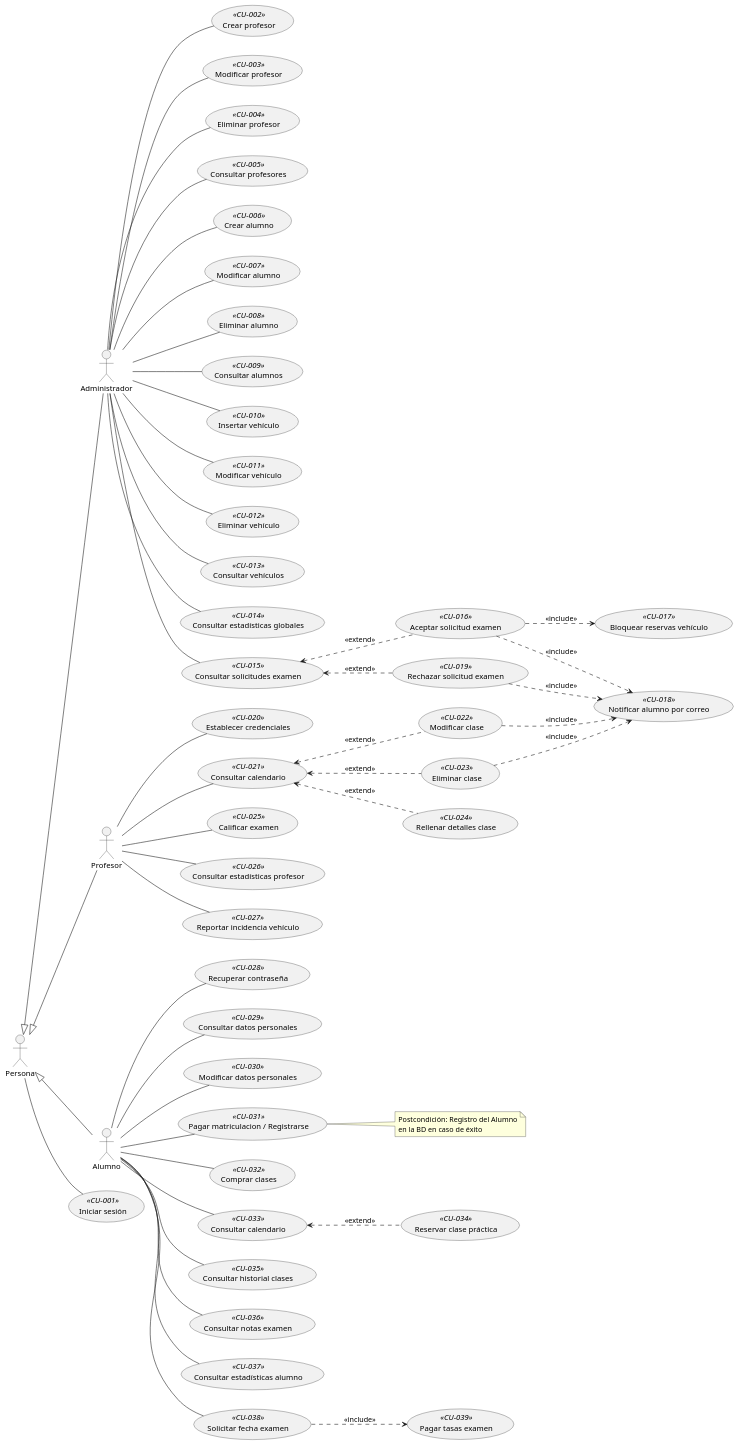
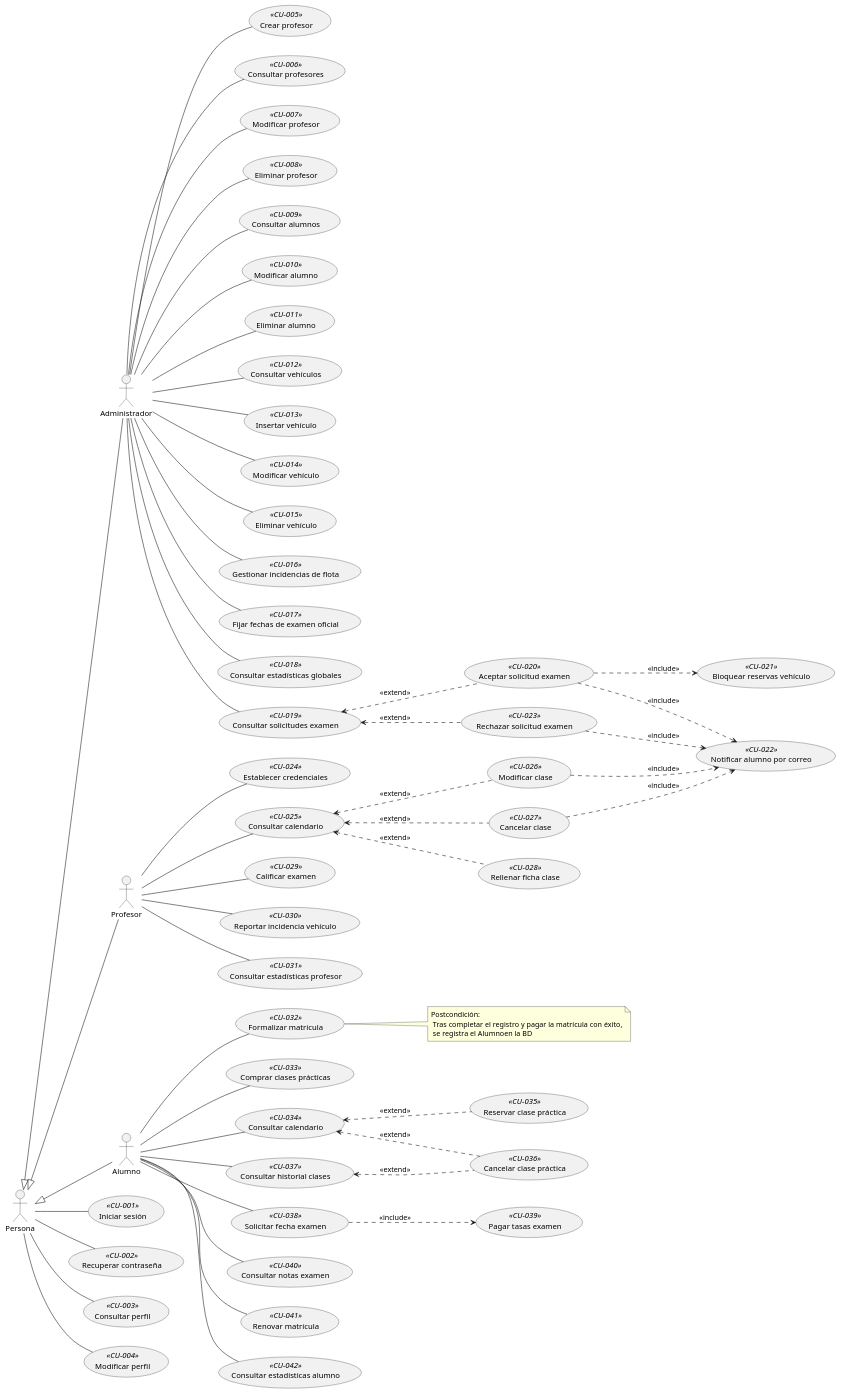
One commit to antonioabadpro/ManDS changed the diagram in Diagramas/Diagrama_CU.puml. Above: the diagram before and after it, drawn with PlantUML. The commit also changed 2 other files, not shown here.

Commit message:
fix: Arreglar Diagrama CU (v9)

```diff
--- a/Diagramas/Diagrama_CU.puml
+++ b/Diagramas/Diagrama_CU.puml
@@ -1,136 +1,142 @@
-@startuml Diagrama_CU_v8
+@startuml Diagrama_CU_v9
 left to right direction
 skinparam packageStyle rectangle
 
 actor "Persona" as Persona
 actor "Administrador" as Admin
 actor "Profesor" as Prof
 actor "Alumno" as Alum
 
 ' Generalización de actores
 Persona <|-- Admin
 Persona <|-- Prof
 Persona <|-- Alum
 
 ' --- CASOS DE USO GENERALES ---
 usecase "Iniciar sesión" as iniciarSesion << CU-001 >>
+usecase "Recuperar contraseña" as recuperarPassword << CU-002 >>
+usecase "Consultar perfil" as consultarPerfil << CU-003 >>
+usecase "Modificar perfil" as modificarPerfil << CU-004 >>
 
 ' --- CASOS DE USO ADMINISTRADOR ---
+usecase "Crear profesor" as crearProfesor << CU-005 >>
+usecase "Consultar profesores" as consultarProfesores << CU-006 >>
+usecase "Modificar profesor" as modificarProfesor << CU-007 >>
+usecase "Eliminar profesor" as eliminarProfesor << CU-008 >>
 
-usecase "Crear profesor" as crearProfesor << CU-002 >>
-usecase "Modificar profesor" as modificarProfesor << CU-003 >>
-usecase "Eliminar profesor" as eliminarProfesor << CU-004 >>
-usecase "Consultar profesores" as consultarProfesores << CU-005 >>
+usecase "Consultar alumnos" as consultarAlumnos << CU-009 >>
+usecase "Modificar alumno" as modificarAlumno << CU-010 >>
+usecase "Eliminar alumno" as eliminarAlumno << CU-011 >>
 
-usecase "Crear alumno" as crearAlumno << CU-006 >>
-usecase "Modificar alumno" as modificarAlumno << CU-007 >>
-usecase "Eliminar alumno" as eliminarAlumno << CU-008 >>
-usecase "Consultar alumnos" as consultarAlumnos << CU-009 >>
+usecase "Consultar vehículos" as consultarVehiculos << CU-012 >>
+usecase "Insertar vehículo" as insertarVehiculo << CU-013 >>
+usecase "Modificar vehículo" as modificarVehiculo << CU-014 >>
+usecase "Eliminar vehículo" as eliminarVehiculo << CU-015 >>
+usecase "Gestionar incidencias de flota" as gestionarIncidencias << CU-016 >>
 
-usecase "Insertar vehículo" as insertarVehiculo << CU-010 >>
-usecase "Modificar vehículo" as modificarVehiculo << CU-011 >>
-usecase "Eliminar vehículo" as eliminarVehiculo << CU-012 >>
-usecase "Consultar vehículos" as consultarVehiculos << CU-013 >>
+usecase "Fijar fechas de examen oficial" as fijarFechasExamen << CU-017 >>
+usecase "Consultar estadísticas globales" as cEstadisticasAdmin << CU-018 >>
 
-usecase "Consultar estadísticas globales" as cEstadisticasAdmin << CU-014 >>
-
-usecase "Consultar solicitudes examen" as consultarSolicitudExamen << CU-015 >>
-usecase "Aceptar solicitud examen" as aceptarSolicitudExamen << CU-016 >>
-usecase "Bloquear reservas vehículo" as bloquearReservasVehiculo << CU-017 >>
-usecase "Notificar alumno por correo" as notificarAlumno << CU-018 >>
-usecase "Rechazar solicitud examen" as rechazarSolicitudExamen << CU-019 >>
+usecase "Consultar solicitudes examen" as consultarSolicitudExamen << CU-019 >>
+usecase "Aceptar solicitud examen" as aceptarSolicitudExamen << CU-020 >>
+usecase "Bloquear reservas vehículo" as bloquearReservasVehiculo << CU-021 >>
+usecase "Notificar alumno por correo" as notificarAlumno << CU-022 >>
+usecase "Rechazar solicitud examen" as rechazarSolicitudExamen << CU-023 >>
 
 ' --- CASOS DE USO PROFESOR ---
-usecase "Establecer credenciales" as establecerCredenciales << CU-020 >>
-usecase "Consultar calendario" as consultarCalendarioProf << CU-021 >>
-usecase "Modificar clase" as modificarClase << CU-022 >>
-usecase "Eliminar clase" as eliminarClase << CU-023 >>
-usecase "Rellenar detalles clase" as rellenarDetalles << CU-024 >>
-usecase "Calificar examen" as calificarExamen << CU-025 >>
-usecase "Consultar estadísticas profesor" as cEstadisticasProf << CU-026 >>
-usecase "Reportar incidencia vehículo" as reportarIncidencia << CU-027 >>
+usecase "Establecer credenciales" as establecerCredenciales << CU-024 >>
+usecase "Consultar calendario" as consultarCalendarioProf << CU-025 >>
+usecase "Modificar clase" as modificarClase << CU-026 >>
+usecase "Cancelar clase" as cancelarClaseProf << CU-027 >>
+usecase "Rellenar ficha clase" as rellenarFichaClase << CU-028 >>
+usecase "Calificar examen" as calificarExamen << CU-029 >>
+usecase "Reportar incidencia vehículo" as reportarIncidencia << CU-030 >>
+usecase "Consultar estadísticas profesor" as cEstadisticasProf << CU-031 >>
 
 ' --- CASOS DE USO ALUMNO ---
-usecase "Recuperar contraseña" as recuperarPassword << CU-028 >>
-usecase "Consultar datos personales" as consultarDatos << CU-029 >>
-usecase "Modificar datos personales" as modificarDatos << CU-030 >>
-usecase "Pagar matriculacion / Registrarse" as pagarMatriculacion << CU-031 >>
-note right of pagarMatriculacion : Postcondición: Registro del Alumno\nen la BD en caso de éxito
+usecase "Formalizar matrícula" as formalizarMatricula << CU-032 >>
+note right of formalizarMatricula : Postcondición:\n Tras completar el registro y pagar la matrícula con éxito,\n se registra el Alumnoen la BD
 
-usecase "Comprar clases" as comprarClases << CU-032 >>
-usecase "Consultar calendario" as consultarCalendarioAlum << CU-033 >>
-usecase "Reservar clase práctica" as reservarClase << CU-034 >>
-usecase "Consultar historial clases" as consultarHistorial << CU-035 >>
-usecase "Consultar notas examen" as consultarNotas << CU-036 >>
-usecase "Consultar estadísticas alumno" as cEstadisticasAlum << CU-037 >>
+usecase "Comprar clases prácticas" as comprarClases << CU-033 >>
+usecase "Consultar calendario" as consultarCalendarioAlum << CU-034 >>
+usecase "Reservar clase práctica" as reservarClase << CU-035 >>
+usecase "Cancelar clase práctica" as cancelarClaseAlum << CU-036 >>
+usecase "Consultar historial clases" as consultarHistorial << CU-037 >>
 usecase "Solicitar fecha examen" as solicitarExamen << CU-038 >>
 usecase "Pagar tasas examen" as pagarTasas << CU-039 >>
+usecase "Consultar notas examen" as consultarNotas << CU-040 >>
+usecase "Renovar matrícula" as renovarMatricula << CU-041 >>
+usecase "Consultar estadísticas alumno" as cEstadisticasAlum << CU-042 >>
 
 ' --- RELACIONES ACTOR -> CASO DE USO ---
 
 ' Persona y base
 Persona -- iniciarSesion
+Persona -- recuperarPassword
+Persona -- consultarPerfil
+Persona -- modificarPerfil
 
 ' Administrador
 Admin -- crearProfesor
 Admin -- modificarProfesor
 Admin -- eliminarProfesor
 Admin -- consultarProfesores
 
-Admin -- crearAlumno
 Admin -- modificarAlumno
 Admin -- eliminarAlumno
 Admin -- consultarAlumnos
 
 Admin -- insertarVehiculo
 Admin -- modificarVehiculo
 Admin -- eliminarVehiculo
 Admin -- consultarVehiculos
+Admin -- gestionarIncidencias
 
 Admin -- cEstadisticasAdmin
+Admin -- fijarFechasExamen
 Admin -- consultarSolicitudExamen
 
 ' Profesor
 Prof -- establecerCredenciales
 Prof -- consultarCalendarioProf
 Prof -- calificarExamen
 Prof -- cEstadisticasProf
 Prof -- reportarIncidencia
 
 ' Alumno
-Alum -- recuperarPassword
 Alum -- consultarCalendarioAlum
-Alum -- consultarDatos
-Alum -- modificarDatos
-Alum -- pagarMatriculacion
+Alum -- formalizarMatricula
 Alum -- comprarClases
 Alum -- consultarHistorial
 Alum -- consultarNotas
 Alum -- cEstadisticasAlum
 Alum -- solicitarExamen
+Alum -- renovarMatricula
 
 ' --- RELACIONES EXTEND E INCLUDE ---
 
 ' Extends de Administrador (Gestión Solicitudes)
 consultarSolicitudExamen <.. aceptarSolicitudExamen : <<extend>>
 aceptarSolicitudExamen ..> notificarAlumno : <<include>>
 aceptarSolicitudExamen ..> bloquearReservasVehiculo : <<include>>
 consultarSolicitudExamen <.. rechazarSolicitudExamen : <<extend>>
 rechazarSolicitudExamen ..> notificarAlumno : <<include>>
 
 ' Extends de Profesor (Consultar Calendario)
 consultarCalendarioProf <.. modificarClase : <<extend>>
-consultarCalendarioProf <.. eliminarClase : <<extend>>
-consultarCalendarioProf <.. rellenarDetalles : <<extend>>
+consultarCalendarioProf <.. cancelarClaseProf : <<extend>>
+consultarCalendarioProf <.. rellenarFichaClase : <<extend>>
 
 ' Includes de Profesor (Automatizaciones y Obligaciones)
 modificarClase ..> notificarAlumno : <<include>>
-eliminarClase ..> notificarAlumno : <<include>>
+cancelarClaseProf ..> notificarAlumno : <<include>>
 
 ' Includes de Alumno
 solicitarExamen ..> pagarTasas : <<include>>
 
 ' Extends de Alumno
 consultarCalendarioAlum <.. reservarClase : <<extend>>
+consultarCalendarioAlum <.. cancelarClaseAlum : <<extend>>
+consultarHistorial <.. cancelarClaseAlum : <<extend>>
 
 @enduml
```
